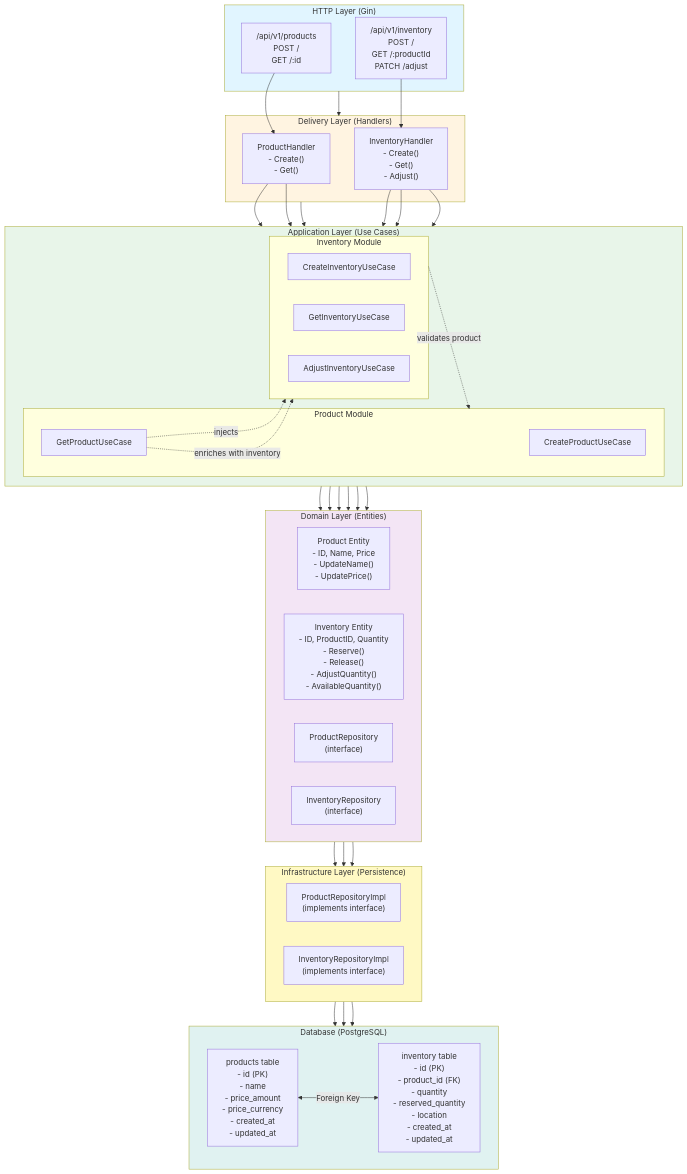
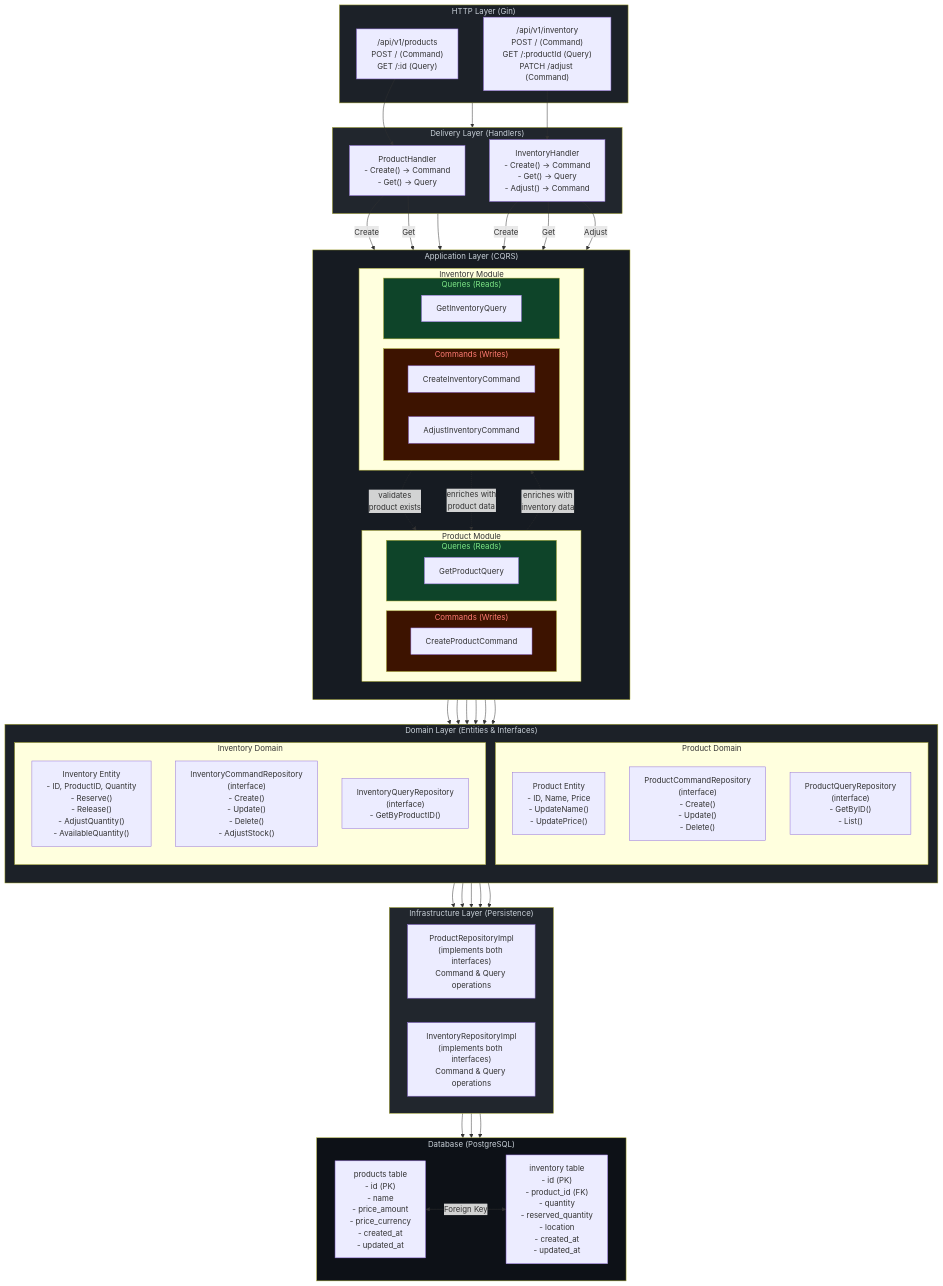
One commit to JoshuaPangaribuan/clean-arch-ddd changed the first of 10 diagrams in ARCHITECTURE_DIAGRAM.md. Above: the diagram before and after it, drawn with Mermaid. The commit also changed other lines of this file and 19 other files, not shown here.

First line of the commit message:
feat: Implement CQRS pattern with bug fixes and architecture updates

````diff
--- a/ARCHITECTURE_DIAGRAM.md
+++ b/ARCHITECTURE_DIAGRAM.md
@@ -5,45 +5,62 @@
 ```mermaid
 flowchart TB
     subgraph HTTP["HTTP Layer (Gin)"]
-        ProductsAPI["/api/v1/products<br/>POST /<br/>GET /:id"]
-        InventoryAPI["/api/v1/inventory<br/>POST /<br/>GET /:productId<br/>PATCH /adjust"]
+        ProductsAPI["/api/v1/products<br/>POST / (Command)<br/>GET /:id (Query)"]
+        InventoryAPI["/api/v1/inventory<br/>POST / (Command)<br/>GET /:productId (Query)<br/>PATCH /adjust (Command)"]
     end
     
     subgraph Delivery["Delivery Layer (Handlers)"]
-        ProductHandler["ProductHandler<br/>- Create()<br/>- Get()"]
-        InventoryHandler["InventoryHandler<br/>- Create()<br/>- Get()<br/>- Adjust()"]
+        ProductHandler["ProductHandler<br/>- Create() → Command<br/>- Get() → Query"]
+        InventoryHandler["InventoryHandler<br/>- Create() → Command<br/>- Get() → Query<br/>- Adjust() → Command"]
     end
     
-    subgraph Application["Application Layer (Use Cases)"]
-        direction LR
+    subgraph Application["Application Layer (CQRS)"]
+        direction TB
         subgraph ProductModule["Product Module"]
-            CreateProduct["CreateProductUseCase"]
-            GetProduct["GetProductUseCase"]
+            direction LR
+            subgraph ProductCommands["Commands (Writes)"]
+                CreateProductCmd["CreateProductCommand"]
+            end
+            subgraph ProductQueries["Queries (Reads)"]
+                GetProductQuery["GetProductQuery"]
+            end
         end
         
         subgraph InventoryModule["Inventory Module"]
-            CreateInventory["CreateInventoryUseCase"]
-            GetInventory["GetInventoryUseCase"]
-            AdjustInventory["AdjustInventoryUseCase"]
+            direction LR
+            subgraph InventoryCommands["Commands (Writes)"]
+                CreateInventoryCmd["CreateInventoryCommand"]
+                AdjustInventoryCmd["AdjustInventoryCommand"]
+            end
+            subgraph InventoryQueries["Queries (Reads)"]
+                GetInventoryQuery["GetInventoryQuery"]
+            end
         end
         
-        GetProduct -.->|injects| InventoryModule
-        InventoryModule -.->|validates product| ProductModule
-        GetProduct -.->|enriches with inventory| InventoryModule
+        GetProductQuery -.->|enriches with<br/>inventory data| GetInventoryQuery
+        InventoryCommands -.->|validates<br/>product exists| GetProductQuery
+        InventoryQueries -.->|enriches with<br/>product data| GetProductQuery
     end
     
-    subgraph Domain["Domain Layer (Entities)"]
-        direction LR
-        ProductEntity["Product Entity<br/>- ID, Name, Price<br/>- UpdateName()<br/>- UpdatePrice()"]
-        InventoryEntity["Inventory Entity<br/>- ID, ProductID, Quantity<br/>- Reserve()<br/>- Release()<br/>- AdjustQuantity()<br/>- AvailableQuantity()"]
-        ProductRepoI["ProductRepository<br/>(interface)"]
-        InventoryRepoI["InventoryRepository<br/>(interface)"]
+    subgraph Domain["Domain Layer (Entities & Interfaces)"]
+        direction TB
+        subgraph ProductDomain["Product Domain"]
+            ProductEntity["Product Entity<br/>- ID, Name, Price<br/>- UpdateName()<br/>- UpdatePrice()"]
+            ProductCmdRepoI["ProductCommandRepository<br/>(interface)<br/>- Create()<br/>- Update()<br/>- Delete()"]
+            ProductQueryRepoI["ProductQueryRepository<br/>(interface)<br/>- GetByID()<br/>- List()"]
+        end
+        
+        subgraph InventoryDomain["Inventory Domain"]
+            InventoryEntity["Inventory Entity<br/>- ID, ProductID, Quantity<br/>- Reserve()<br/>- Release()<br/>- AdjustQuantity()<br/>- AvailableQuantity()"]
+            InventoryCmdRepoI["InventoryCommandRepository<br/>(interface)<br/>- Create()<br/>- Update()<br/>- Delete()<br/>- AdjustStock()"]
+            InventoryQueryRepoI["InventoryQueryRepository<br/>(interface)<br/>- GetByProductID()"]
+        end
     end
     
     subgraph Infrastructure["Infrastructure Layer (Persistence)"]
         direction LR
-        ProductRepoImpl["ProductRepositoryImpl<br/>(implements interface)"]
-        InventoryRepoImpl["InventoryRepositoryImpl<br/>(implements interface)"]
+        ProductRepoImpl["ProductRepositoryImpl<br/>(implements both interfaces)<br/>Command & Query operations"]
+        InventoryRepoImpl["InventoryRepositoryImpl<br/>(implements both interfaces)<br/>Command & Query operations"]
     end
     
     subgraph Database["Database (PostgreSQL)"]
@@ -62,28 +79,34 @@
     ProductsAPI --> ProductHandler
     InventoryAPI --> InventoryHandler
     
-    ProductHandler --> CreateProduct
-    ProductHandler --> GetProduct
-    InventoryHandler --> CreateInventory
-    InventoryHandler --> GetInventory
-    InventoryHandler --> AdjustInventory
+    ProductHandler -->|Create| CreateProductCmd
+    ProductHandler -->|Get| GetProductQuery
+    InventoryHandler -->|Create| CreateInventoryCmd
+    InventoryHandler -->|Get| GetInventoryQuery
+    InventoryHandler -->|Adjust| AdjustInventoryCmd
     
-    CreateProduct --> ProductRepoI
-    GetProduct --> ProductRepoI
-    CreateInventory --> InventoryRepoI
-    GetInventory --> InventoryRepoI
-    AdjustInventory --> InventoryRepoI
+    CreateProductCmd --> ProductCmdRepoI
+    GetProductQuery --> ProductQueryRepoI
+    CreateInventoryCmd --> InventoryCmdRepoI
+    AdjustInventoryCmd --> InventoryCmdRepoI
+    GetInventoryQuery --> InventoryQueryRepoI
     
-    ProductRepoI --> ProductRepoImpl
-    InventoryRepoI --> InventoryRepoImpl
+    ProductCmdRepoI --> ProductRepoImpl
+    ProductQueryRepoI --> ProductRepoImpl
+    InventoryCmdRepoI --> InventoryRepoImpl
+    InventoryQueryRepoI --> InventoryRepoImpl
     
     ProductRepoImpl --> ProductsTable
     InventoryRepoImpl --> InventoryTable
     
-    style HTTP fill:#e1f5ff
-    style Delivery fill:#fff4e1
-    style Application fill:#e8f5e9
-    style Domain fill:#f3e5f5
-    style Infrastructure fill:#fff9c4
-    style Database fill:#e0f2f1
+    style HTTP fill:#1c2128,color:#c9d1d9
+    style Delivery fill:#21262d,color:#c9d1d9
+    style Application fill:#161b22,color:#c9d1d9
+    style Domain fill:#1c2128,color:#c9d1d9
+    style Infrastructure fill:#21262d,color:#c9d1d9
+    style Database fill:#0d1117,color:#c9d1d9
+    style ProductCommands fill:#3d1300,color:#ff7b72
+    style ProductQueries fill:#0e4429,color:#7ee787
+    style InventoryCommands fill:#3d1300,color:#ff7b72
+    style InventoryQueries fill:#0e4429,color:#7ee787
 ```
````
